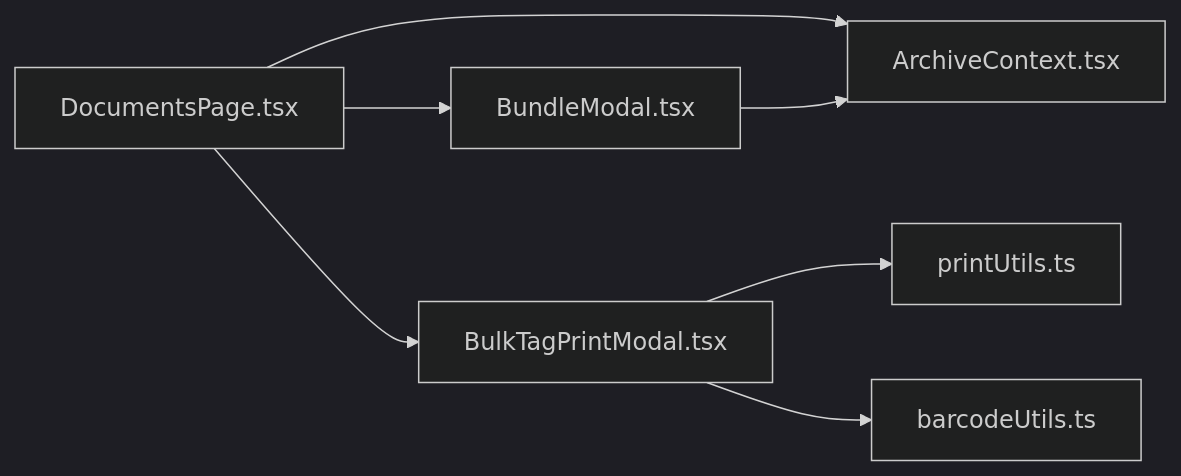
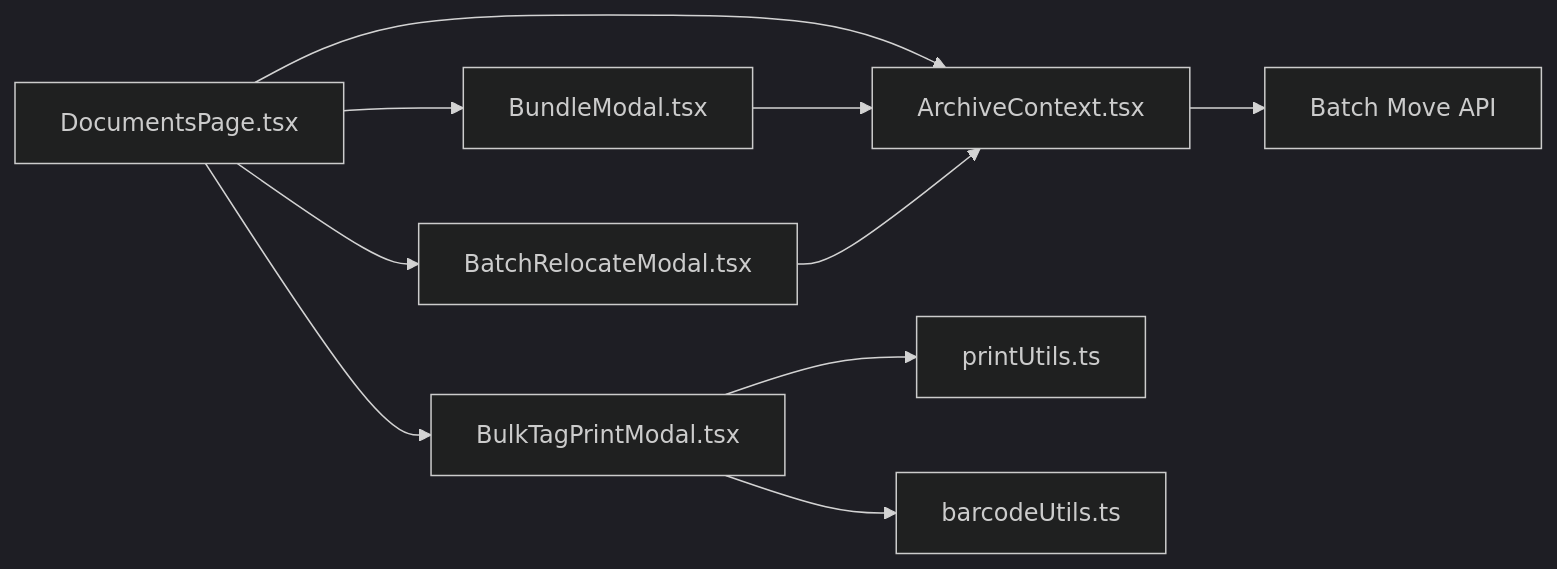
Before and after one commit to djahasiel101600/archivehub: the seventh of 8 diagrams in .qoder/repowiki/en/content/Core Features/Document Management/Bulk Operations.md, drawn with Mermaid (dark theme). The commit also changed other lines of this file and 12 other files, not shown here.

````diff
--- a/.qoder/repowiki/en/content/Core Features/Document Management/Bulk Operations.md
+++ b/.qoder/repowiki/en/content/Core Features/Document Management/Bulk Operations.md
@@ -291,9 +376,12 @@
 ```mermaid
 graph LR
 DP["DocumentsPage.tsx"] --> CTX["ArchiveContext.tsx"]
 DP --> BPM["BulkTagPrintModal.tsx"]
 DP --> BM["BundleModal.tsx"]
+DP --> BRM["BatchRelocateModal.tsx"]
 BPM --> PU["printUtils.ts"]
 BPM --> QU["barcodeUtils.ts"]
 BM --> CTX
+BRM --> CTX
+CTX --> API["Batch Move API"]
 ```
````
